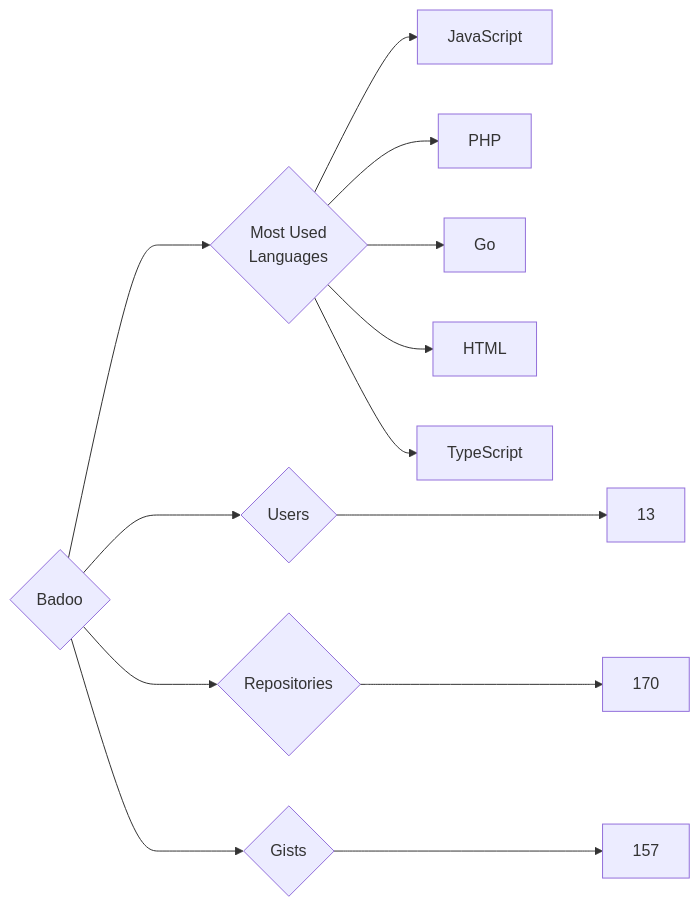
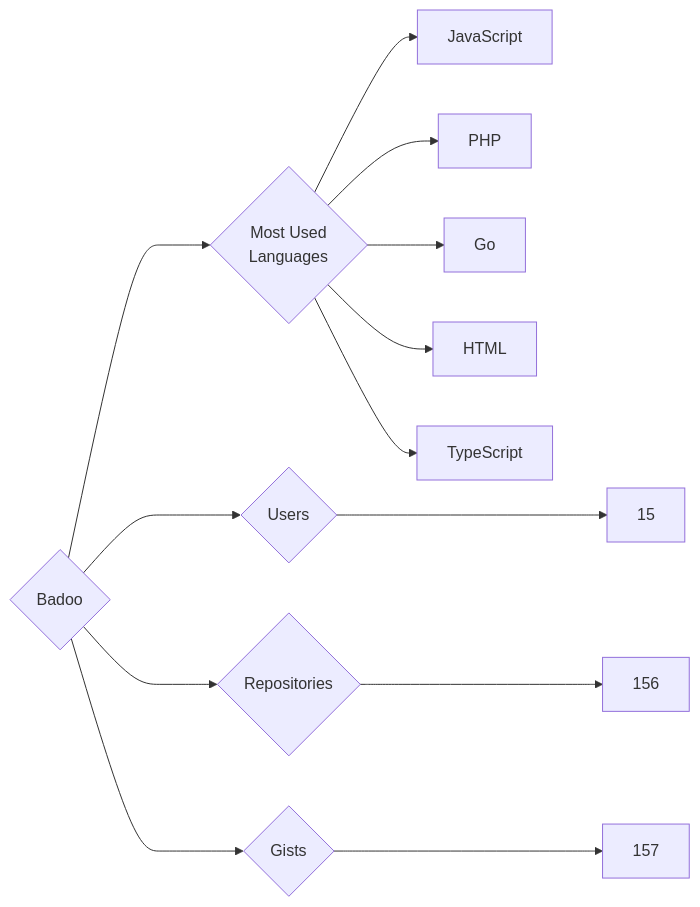
Before and after one commit to trickest/insiders: the diagram in targets/Badoo/README.md, drawn with Mermaid. The commit also changed 1195 other files, not shown here.

````diff
--- a/targets/Badoo/README.md
+++ b/targets/Badoo/README.md
@@ -3,13 +3,13 @@
 ```mermaid
 graph LR
 COMPANY_NAME{Badoo}
-COMPANY_NAME ---> U{Users} ---> UN[13]
-COMPANY_NAME ---> R{Repositories} ---> RN[170]
+COMPANY_NAME ---> U{Users} ---> UN[15]
+COMPANY_NAME ---> R{Repositories} ---> RN[156]
 COMPANY_NAME ---> G{Gists} ---> GN[157]
 COMPANY_NAME ---> ML{Most Used<br>Languages}
 ML --> JavaScript[JavaScript]
 ML --> PHP[PHP]
 ML --> Go[Go]
 ML --> HTML[HTML]
 ML --> TypeScript[TypeScript]
 ```
````
